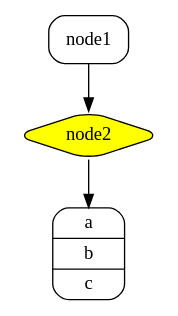
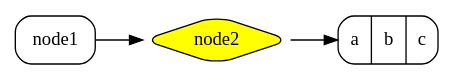
Before and after one commit to bzzzil/vscode-asciidoc-presentation: the third of 4 diagrams in demo.adoc, drawn with Graphviz. The commit also changed other lines of this file, not shown here.

```diff
--- a/demo.adoc
+++ b/demo.adoc
@@ -73,11 +107,12 @@
 [graphviz]
 ....
 digraph foo {
+  rankdir=LR;
   node [style=rounded]
   node1 [shape=box]
   node2 [fillcolor=yellow, style="rounded,filled", shape=diamond]
   node3 [shape=record, label="{ a | b | c }"]
 
   node1 -> node2 -> node3
 }
 ....
```
